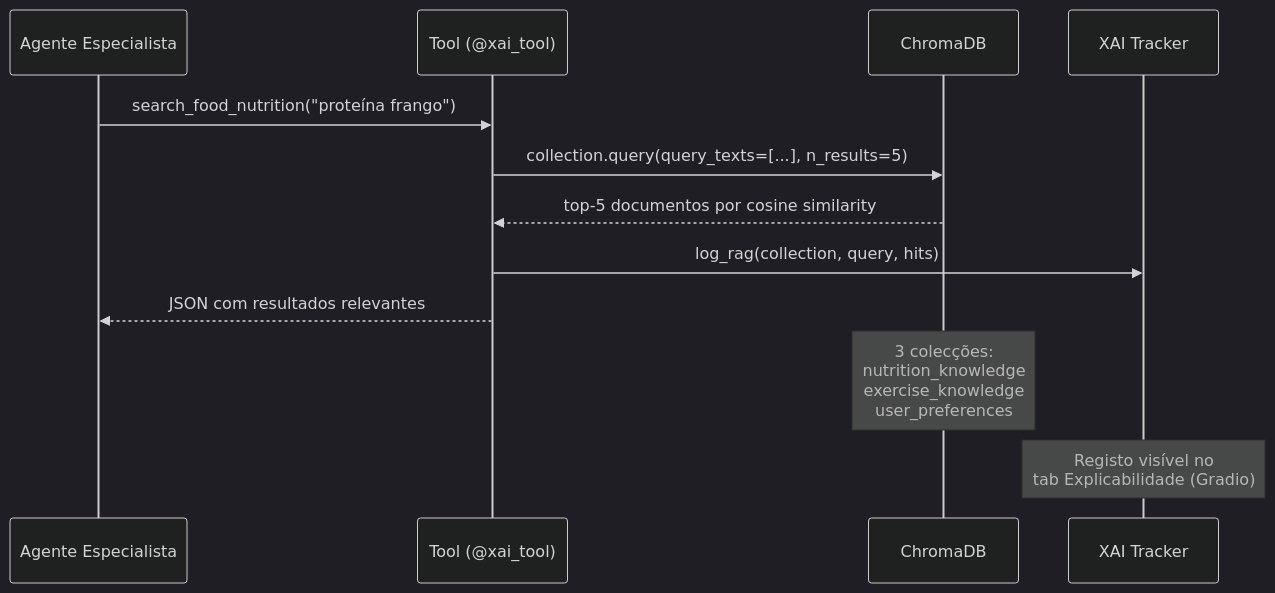
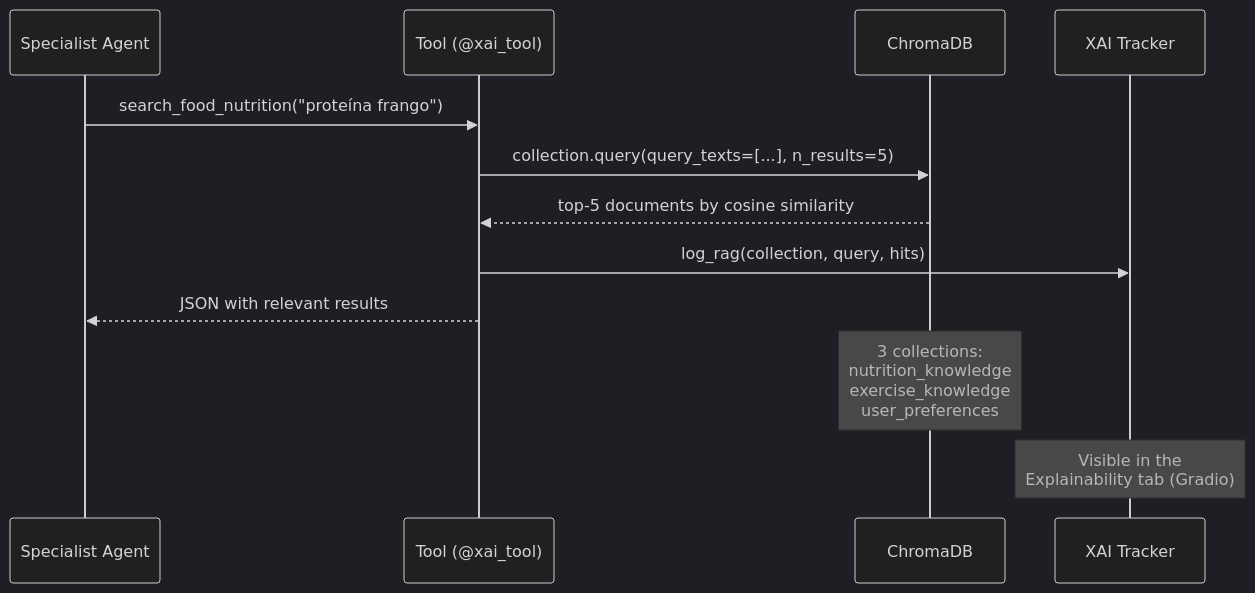
The third of 5 diagrams in ARCHITECTURE.md (brunomigueldasilva/my-health-assistant), drawn with Mermaid (dark theme) before and after one commit. The commit also changed other lines of this file, not shown here.

Commit message:
Translate ARCHITECTURE to english.

````diff
--- a/ARCHITECTURE.md
+++ b/ARCHITECTURE.md
@@ -102,16 +102,16 @@
 ```mermaid
 sequenceDiagram
-    participant A as Agente Especialista
+    participant A as Specialist Agent
     participant T as Tool (@xai_tool)
     participant C as ChromaDB
     participant XAI as XAI Tracker
 
     A->>T: search_food_nutrition("proteína frango")
     T->>C: collection.query(query_texts=[...], n_results=5)
-    C-->>T: top-5 documentos por cosine similarity
+    C-->>T: top-5 documents by cosine similarity
     T->>XAI: log_rag(collection, query, hits)
-    T-->>A: JSON com resultados relevantes
+    T-->>A: JSON with relevant results
 
-    Note over C: 3 colecções:<br/>nutrition_knowledge<br/>exercise_knowledge<br/>user_preferences
-    Note over XAI: Registo visível no<br/>tab Explicabilidade (Gradio)
+    Note over C: 3 collections:<br/>nutrition_knowledge<br/>exercise_knowledge<br/>user_preferences
+    Note over XAI: Visible in the<br/>Explainability tab (Gradio)
 ```
````
